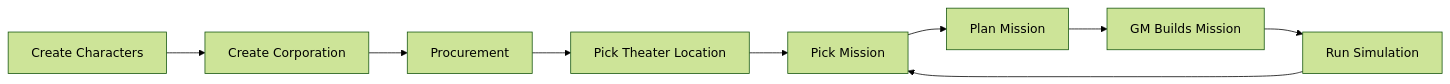
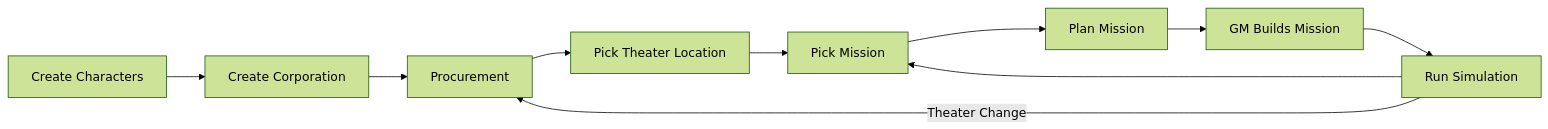
The diagram in StrikeCommandDoc/docs/get-started/flowofplay.md (yooperdude/StrikeCommand), drawn with Mermaid (forest theme) before and after one commit. The commit also changed other lines of this file and 3 other files, not shown here.

````diff
--- a/StrikeCommandDoc/docs/get-started/flowofplay.md
+++ b/StrikeCommandDoc/docs/get-started/flowofplay.md
@@ -33,11 +33,12 @@
 ``` mermaid
 graph LR
   A[Create Characters] --> B[Create Corporation];
   B --> C[Procurement];
   C --> D[Pick Theater Location];
   D --> E[Pick Mission];
   E --> F[Plan Mission];
   F --> G[GM Builds Mission];
   G --> H[Run Simulation];
   H ----> E;
+  H ---->|Theater Change| C;
 ```
````
